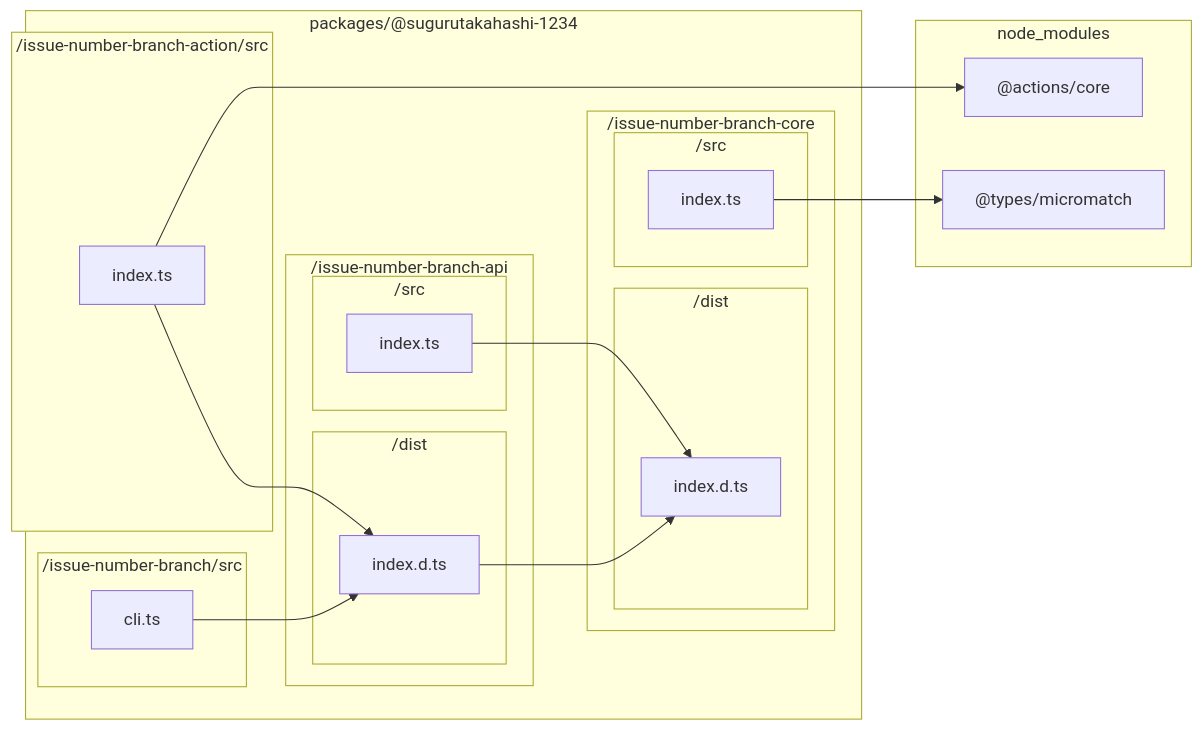
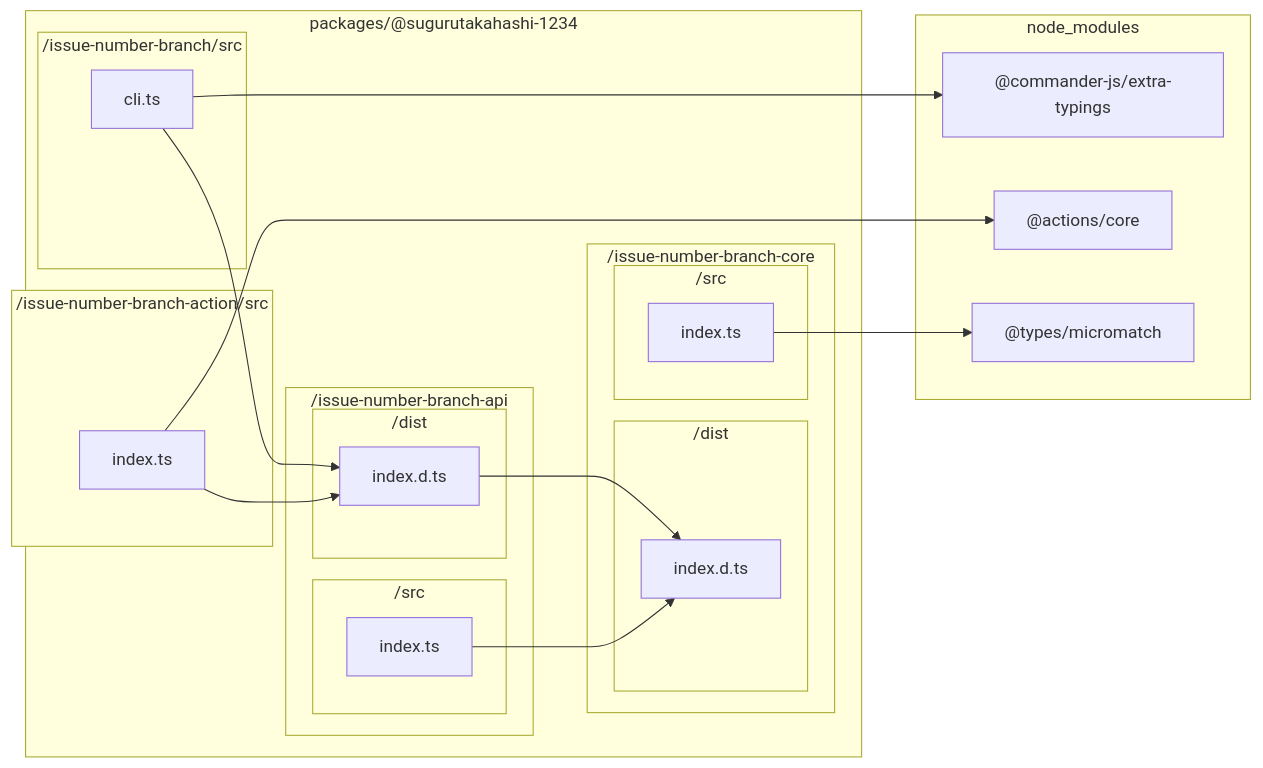
Before and after one commit to sugurutakahashi-1234/issue-linker: the diagram in docs/reports/dependencies/all.md, drawn with Mermaid. The commit also changed 5 other files, not shown here.

First line of the commit message:
feat: update @commander-js/extra-typings [deps-change]

````diff
--- a/docs/reports/dependencies/all.md
+++ b/docs/reports/dependencies/all.md
@@ -7,37 +7,39 @@
 ```mermaid
 flowchart LR
     subgraph packages///sugurutakahashi//1234["packages/@sugurutakahashi-1234"]
         subgraph packages///sugurutakahashi//1234/issue//number//branch//core["/issue-number-branch-core"]
             subgraph packages///sugurutakahashi//1234/issue//number//branch//core/dist["/dist"]
                 packages///sugurutakahashi//1234/issue//number//branch//core/dist/index.d.ts["index.d.ts"]
             end
             subgraph packages///sugurutakahashi//1234/issue//number//branch//core/src["/src"]
                 packages///sugurutakahashi//1234/issue//number//branch//core/src/index.ts["index.ts"]
             end
         end
         subgraph packages///sugurutakahashi//1234/issue//number//branch//api["/issue-number-branch-api"]
             subgraph packages///sugurutakahashi//1234/issue//number//branch//api/dist["/dist"]
                 packages///sugurutakahashi//1234/issue//number//branch//api/dist/index.d.ts["index.d.ts"]
             end
             subgraph packages///sugurutakahashi//1234/issue//number//branch//api/src["/src"]
                 packages///sugurutakahashi//1234/issue//number//branch//api/src/index.ts["index.ts"]
             end
         end
         subgraph packages///sugurutakahashi//1234/issue//number//branch/src["/issue-number-branch/src"]
             packages///sugurutakahashi//1234/issue//number//branch/src/cli.ts["cli.ts"]
         end
         subgraph packages///sugurutakahashi//1234/issue//number//branch//action/src["/issue-number-branch-action/src"]
             packages///sugurutakahashi//1234/issue//number//branch//action/src/index.ts["index.ts"]
         end
     end
     subgraph node//modules["node_modules"]
+        node//modules///commander//js/extra//typings/index.d.ts["@commander-js/extra-typings"]
         node//modules///actions/core/lib/core.d.ts["@actions/core"]
         node//modules///types/micromatch/index.d.ts["@types/micromatch"]
     end
     packages///sugurutakahashi//1234/issue//number//branch//api/dist/index.d.ts-->packages///sugurutakahashi//1234/issue//number//branch//core/dist/index.d.ts
+    packages///sugurutakahashi//1234/issue//number//branch/src/cli.ts-->node//modules///commander//js/extra//typings/index.d.ts
     packages///sugurutakahashi//1234/issue//number//branch/src/cli.ts-->packages///sugurutakahashi//1234/issue//number//branch//api/dist/index.d.ts
     packages///sugurutakahashi//1234/issue//number//branch//action/src/index.ts-->node//modules///actions/core/lib/core.d.ts
     packages///sugurutakahashi//1234/issue//number//branch//action/src/index.ts-->packages///sugurutakahashi//1234/issue//number//branch//api/dist/index.d.ts
     packages///sugurutakahashi//1234/issue//number//branch//api/src/index.ts-->packages///sugurutakahashi//1234/issue//number//branch//core/dist/index.d.ts
     packages///sugurutakahashi//1234/issue//number//branch//core/src/index.ts-->node//modules///types/micromatch/index.d.ts
 ```
````
